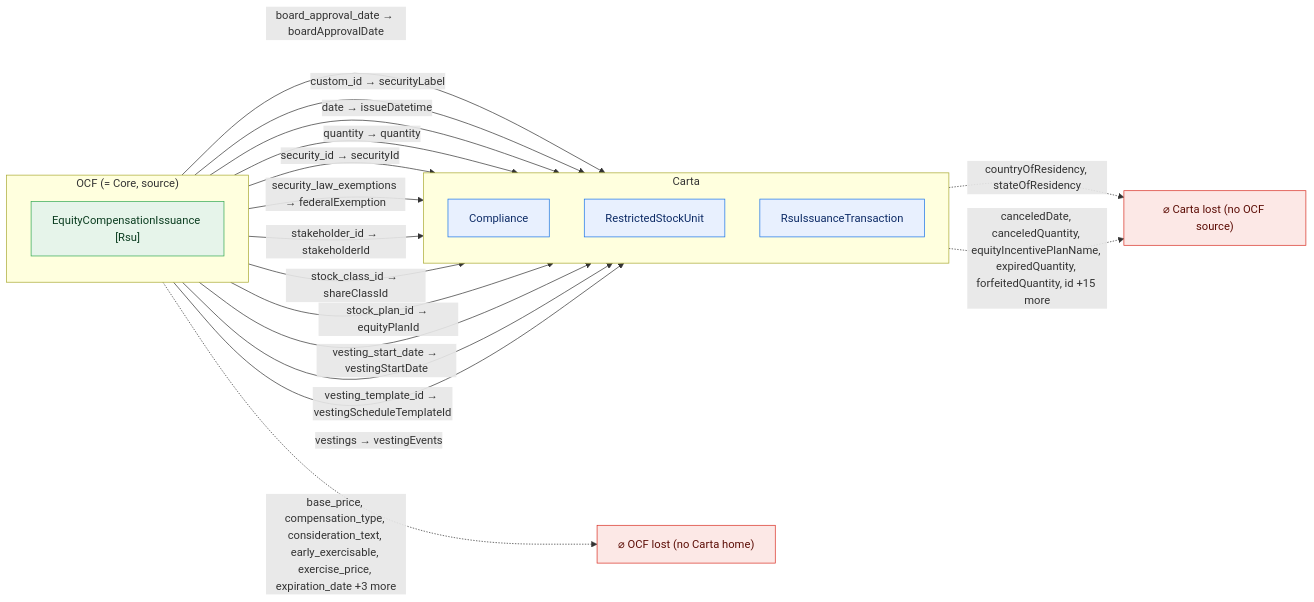
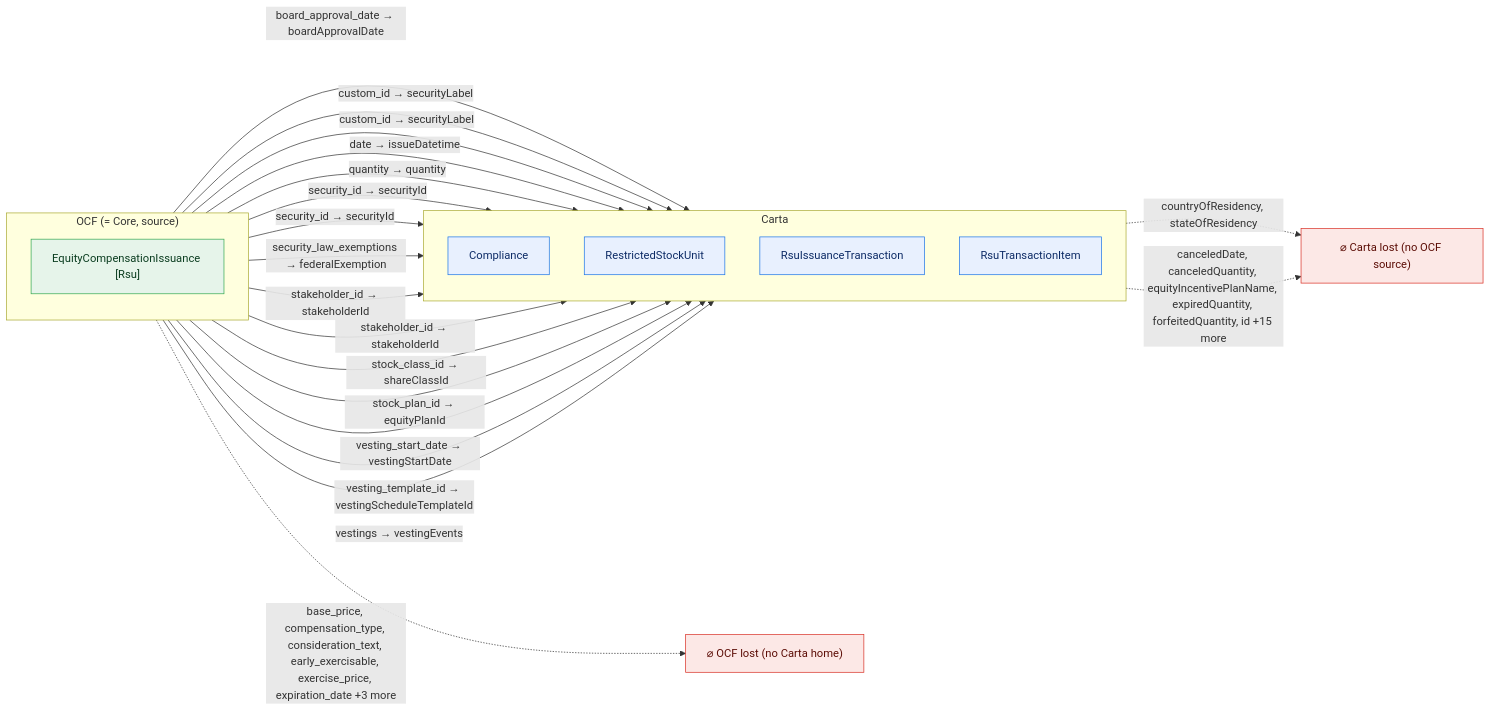
The fourth of 47 diagrams in docs/core-bidirectional-flow.md (Open-Cap-Table-Coalition/OCF-Composed-Schemas), drawn with Mermaid before and after one commit. The commit also changed other lines of this file and 24 other files, not shown here.

````diff
--- a/docs/core-bidirectional-flow.md
+++ b/docs/core-bidirectional-flow.md
@@ -241,34 +249,38 @@
 ```mermaid
 flowchart LR
   classDef adm fill:#e6f4ea,stroke:#34a853,color:#0b3d20;
   classDef notadm fill:#f1f3f4,stroke:#9aa0a6,color:#5f6368,stroke-dasharray:4 3;
   classDef carta fill:#e8f0fe,stroke:#1a73e8,color:#0d2b66;
   classDef lost fill:#fce8e6,stroke:#d93025,color:#5c0d06;
   subgraph SRC["OCF (= Core, source)"]
     direction TB
     o0["EquityCompensationIssuance [Rsu]"]:::adm
   end
   subgraph TGT["Carta"]
     direction TB
     t0["Compliance"]:::carta
     t1["RestrictedStockUnit"]:::carta
     t2["RsuIssuanceTransaction"]:::carta
+    t3["RsuTransactionItem"]:::carta
   end
   ocflost["⌀ OCF lost (no Carta home)"]:::lost
   cartalost["⌀ Carta lost (no OCF source)"]:::lost
   o0 -->|"board_approval_date → boardApprovalDate"| t1
+  o0 -->|"custom_id → securityLabel"| t3
   o0 -->|"custom_id → securityLabel"| t1
   o0 -->|"date → issueDatetime"| t2
   o0 -->|"quantity → quantity"| t2
+  o0 -->|"security_id → securityId"| t3
   o0 -->|"security_id → securityId"| t1
   o0 -->|"security_law_exemptions → federalExemption"| t0
+  o0 -->|"stakeholder_id → stakeholderId"| t3
   o0 -->|"stakeholder_id → stakeholderId"| t1
   o0 -->|"stock_class_id → shareClassId"| t2
   o0 -->|"stock_plan_id → equityPlanId"| t2
   o0 -->|"vesting_start_date → vestingStartDate"| t1
   o0 -->|"vesting_template_id → vestingScheduleTemplateId"| t2
   o0 -->|"vestings → vestingEvents"| t1
   o0 -.->|"base_price, compensation_type, consideration_text, early_exercisable, exercise_price, expiration_date +3 more"| ocflost
   t0 -.->|"countryOfResidency, stateOfResidency"| cartalost
   t1 -.->|"canceledDate, canceledQuantity, equityIncentivePlanName, expiredQuantity, forfeitedQuantity, id +15 more"| cartalost
 ```
````
